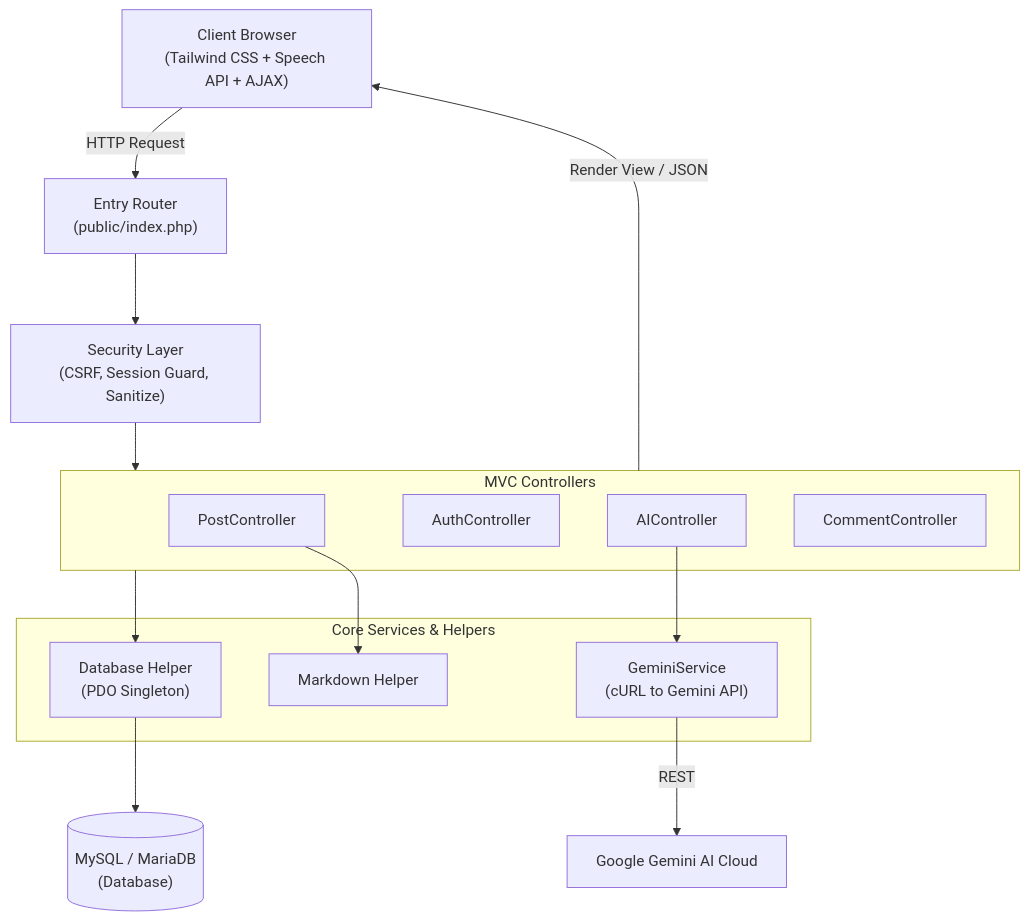
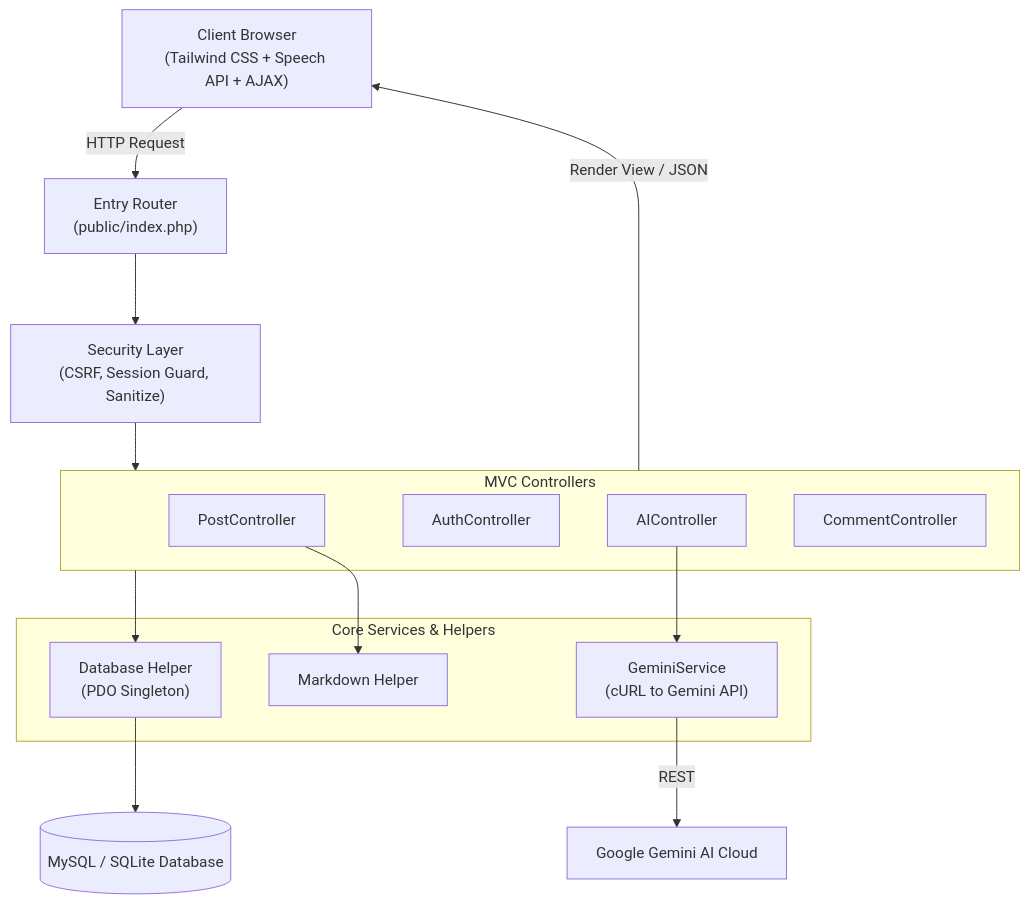
The diagram in README.md (SithumManusha/blog-app-IN2120), drawn with Mermaid before and after one commit. The commit also changed other lines of this file and 1 other file, not shown here.

Commit message:
docs: fix GitHub Mermaid diagram syntax with br tags and remove plain text credentials in favor of RBAC guide

````diff
--- a/README.md
+++ b/README.md
@@ -37,32 +37,32 @@
 ```mermaid
 flowchart TD
-    Client["Client Browser\n(Tailwind CSS + Speech API + AJAX)"]
-    Router["Entry Router\n(public/index.php)"]
-    Auth["Security Layer\n(CSRF, Session Guard, Sanitize)"]
+    Client["Client Browser<br/>(Tailwind CSS + Speech API + AJAX)"]
+    Router["Entry Router<br/>(public/index.php)"]
+    Auth["Security Layer<br/>(CSRF, Session Guard, Sanitize)"]
     
     subgraph Controllers["MVC Controllers"]
         PC["PostController"]
         AC["AuthController"]
         AIC["AIController"]
         CC["CommentController"]
     end
     
     subgraph Services["Core Services & Helpers"]
-        GS["GeminiService\n(cURL to Gemini API)"]
+        GS["GeminiService<br/>(cURL to Gemini API)"]
         MD["Markdown Helper"]
-        DBH["Database Helper\n(PDO Singleton)"]
+        DBH["Database Helper<br/>(PDO Singleton)"]
     end
     
-    MySQL[("MySQL / MariaDB\n(Database)")]
+    MySQL[("MySQL / SQLite Database")]
     GeminiAPI["Google Gemini AI Cloud"]
 
     Client -->|HTTP Request| Router
     Router --> Auth
     Auth --> Controllers
     AIC --> GS
     GS -->|REST| GeminiAPI
     Controllers --> DBH
     DBH --> MySQL
     PC --> MD
     Controllers -->|Render View / JSON| Client
 ```
````
